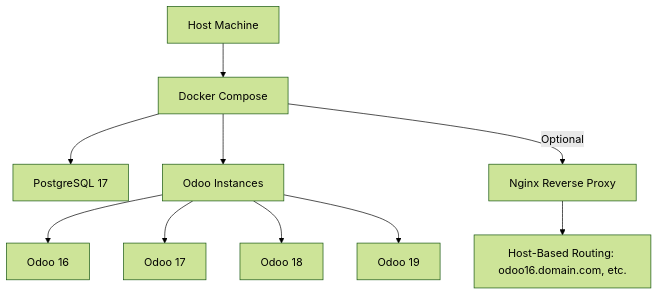
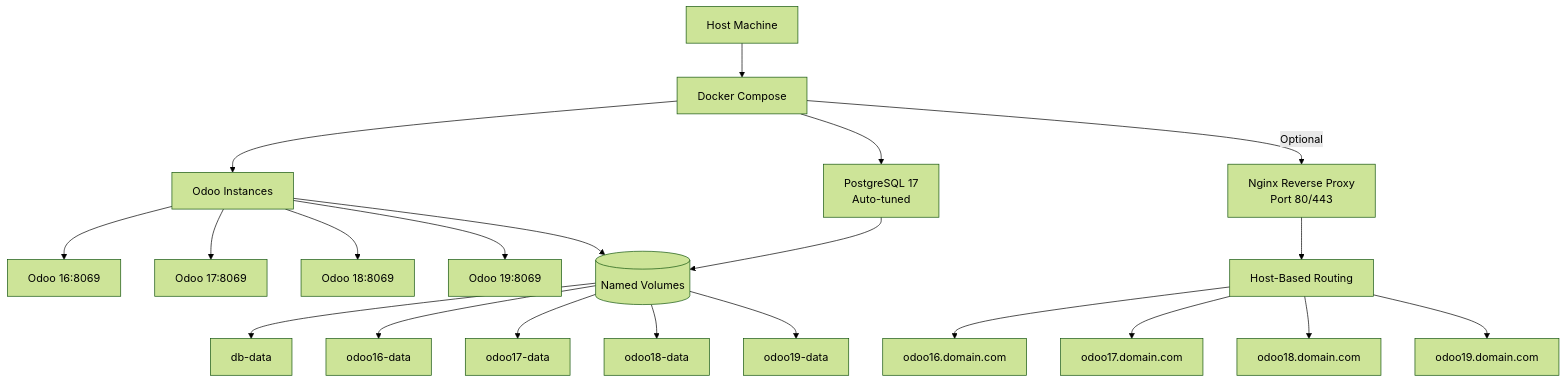
Before and after one commit to Makondoo-Inc/odoo-deployments: the diagram in nginx/README.MD, drawn with Mermaid (forest theme). The commit also changed other lines of this file, not shown here.

First line of the commit message:
Revise README for Odoo multi-version deployment

````diff
--- a/nginx/README.MD
+++ b/nginx/README.MD
@@ -12,12 +35,23 @@
 ```mermaid
 graph TD
     A[Host Machine] --> B[Docker Compose]
-    B --> C[PostgreSQL 17]
+    B --> C[PostgreSQL 17<br/>Auto-tuned]
     B --> D[Odoo Instances]
-    D --> D1[Odoo 16]
-    D --> D2[Odoo 17]
-    D --> D3[Odoo 18]
-    D --> D4[Odoo 19]
-    B -->|Optional| E[Nginx Reverse Proxy]
-    E --> F[Host-Based Routing: odoo16.domain.com, etc.]
+    D --> D1[Odoo 16:8069]
+    D --> D2[Odoo 17:8069]
+    D --> D3[Odoo 18:8069]
+    D --> D4[Odoo 19:8069]
+    B -->|Optional| E[Nginx Reverse Proxy<br/>Port 80/443]
+    E --> F[Host-Based Routing]
+    F --> F1[odoo16.domain.com]
+    F --> F2[odoo17.domain.com]
+    F --> F3[odoo18.domain.com]
+    F --> F4[odoo19.domain.com]
+    C --> G[(Named Volumes)]
+    D --> G
+    G --> G1[db-data]
+    G --> G2[odoo16-data]
+    G --> G3[odoo17-data]
+    G --> G4[odoo18-data]
+    G --> G5[odoo19-data]
 ```
````
